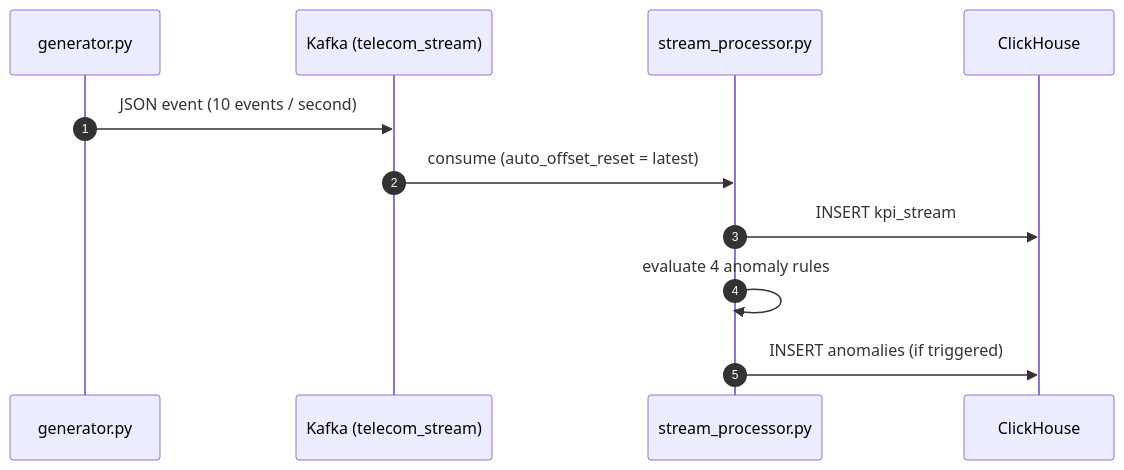
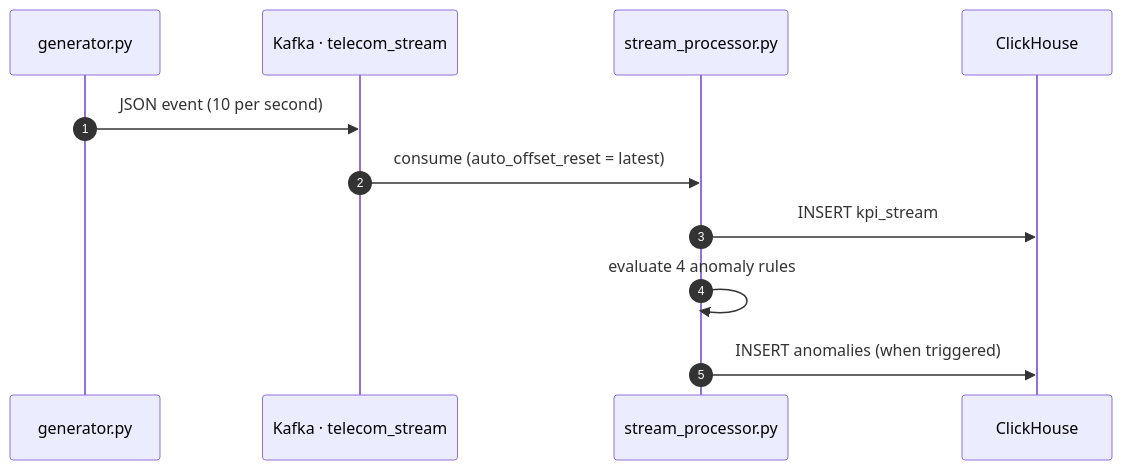
Before and after one commit to MohammedAhmed-01/TelcoPulseCluster: the seventh of 9 diagrams in README.md, drawn with Mermaid. The commit also changed other lines of this file, not shown here.

````diff
--- a/README.md
+++ b/README.md
@@ -237,13 +483,13 @@
 ```mermaid
 sequenceDiagram
     autonumber
     participant G as generator.py
-    participant K as Kafka (telecom_stream)
+    participant K as Kafka · telecom_stream
     participant P as stream_processor.py
     participant C as ClickHouse
-    G->>K: JSON event (10 events / second)
+    G->>K: JSON event (10 per second)
     K->>P: consume (auto_offset_reset = latest)
     P->>C: INSERT kpi_stream
     P->>P: evaluate 4 anomaly rules
-    P->>C: INSERT anomalies (if triggered)
+    P->>C: INSERT anomalies (when triggered)
 ```
````
